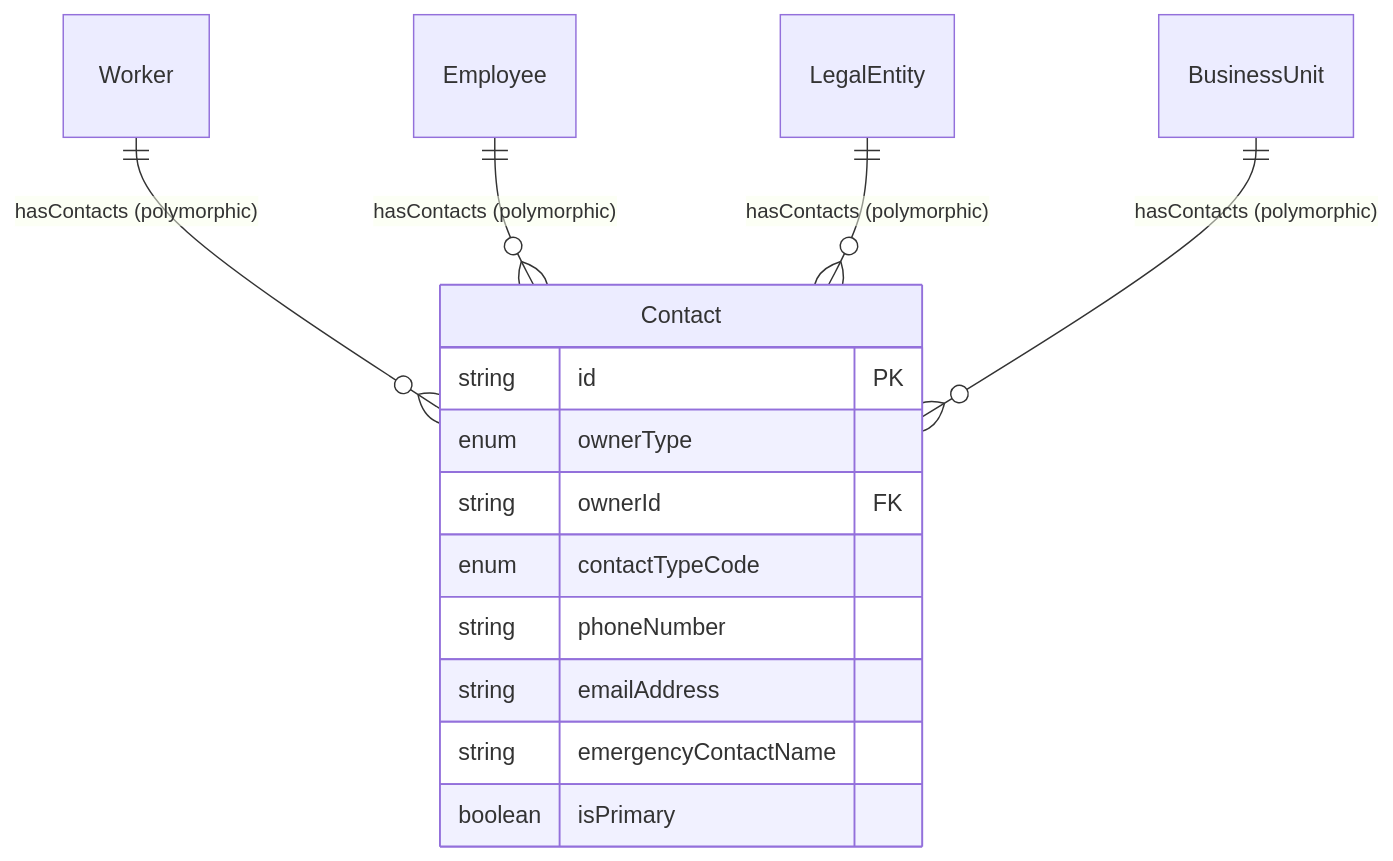
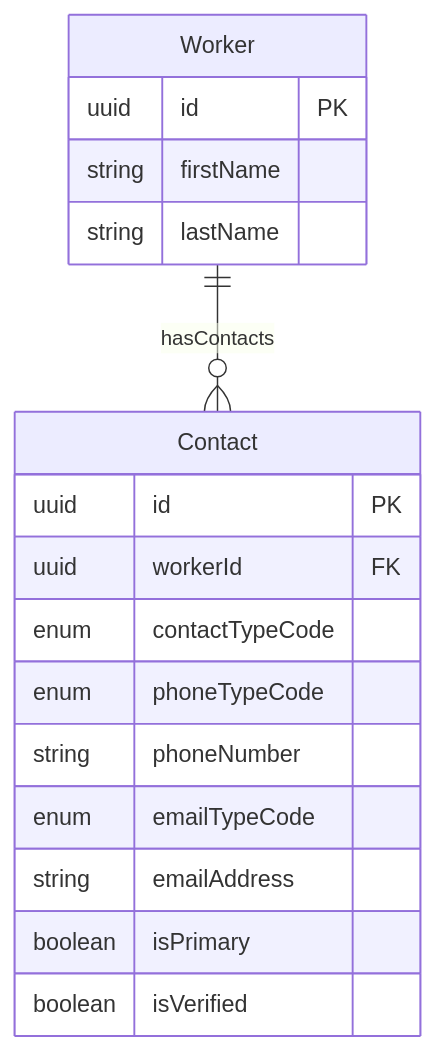
The second of 3 diagrams in docs/01-modules/CO/00-new/02.ontology/person/Contact.onto.md (a4b-corporation/xTalent), drawn with Mermaid before and after one commit. The commit also changed other lines of this file and 6 other files, not shown here.

````diff
--- a/docs/01-modules/CO/00-new/02.ontology/person/Contact.onto.md
+++ b/docs/01-modules/CO/00-new/02.ontology/person/Contact.onto.md
@@ -423,18 +369,22 @@
 ```mermaid
 erDiagram
-    Worker ||--o{ Contact : "hasContacts (polymorphic)"
-    Employee ||--o{ Contact : "hasContacts (polymorphic)"
-    LegalEntity ||--o{ Contact : "hasContacts (polymorphic)"
-    BusinessUnit ||--o{ Contact : "hasContacts (polymorphic)"
+    Worker ||--o{ Contact : hasContacts
     
     Contact {
-        string id PK
-        enum ownerType
-        string ownerId FK
+        uuid id PK
+        uuid workerId FK
         enum contactTypeCode
+        enum phoneTypeCode
         string phoneNumber
+        enum emailTypeCode
         string emailAddress
-        string emergencyContactName
         boolean isPrimary
+        boolean isVerified
+    }
+    
+    Worker {
+        uuid id PK
+        string firstName
+        string lastName
     }
 ```
````
